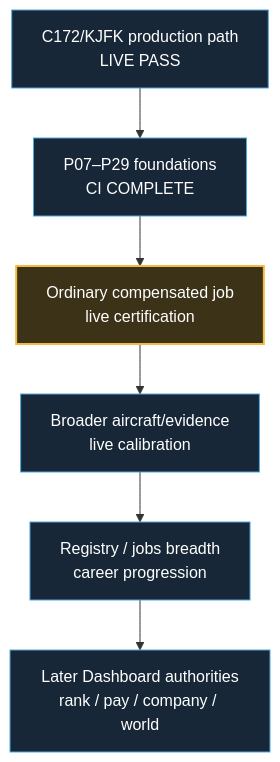
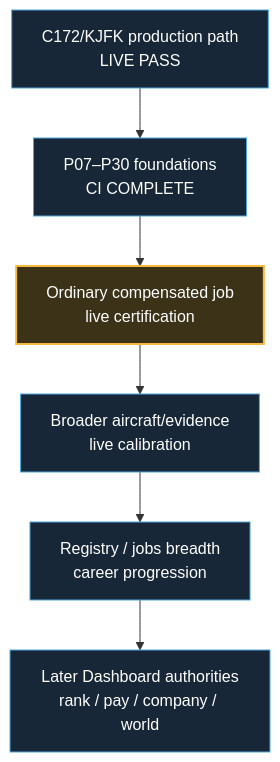
Before and after one commit to dhavalpddn-eng/OpenCareer: the second of 2 diagrams in docs/development-master-checklist.md, drawn with Mermaid. The commit also changed other lines of this file and 2 other files, not shown here.

````diff
--- a/docs/development-master-checklist.md
+++ b/docs/development-master-checklist.md
@@ -54,13 +54,13 @@
 ```mermaid
 flowchart TD
-    A["C172/KJFK production path<br/>LIVE PASS"] --> B["P07–P29 foundations<br/>CI COMPLETE"]
+    A["C172/KJFK production path<br/>LIVE PASS"] --> B["P07–P30 foundations<br/>CI COMPLETE"]
     B --> C["Ordinary compensated job<br/>live certification"]
     C --> D["Broader aircraft/evidence<br/>live calibration"]
     D --> E["Registry / jobs breadth<br/>career progression"]
     E --> F["Later Dashboard authorities<br/>rank / pay / company / world"]
 
     classDef next fill:#3b3218,stroke:#F4B942,color:#fff,stroke-width:2px;
     classDef future fill:#172737,stroke:#4EA8DE,color:#fff,stroke-width:1px;
     class C next;
     class A,B,D,E,F future;
 ```
````
